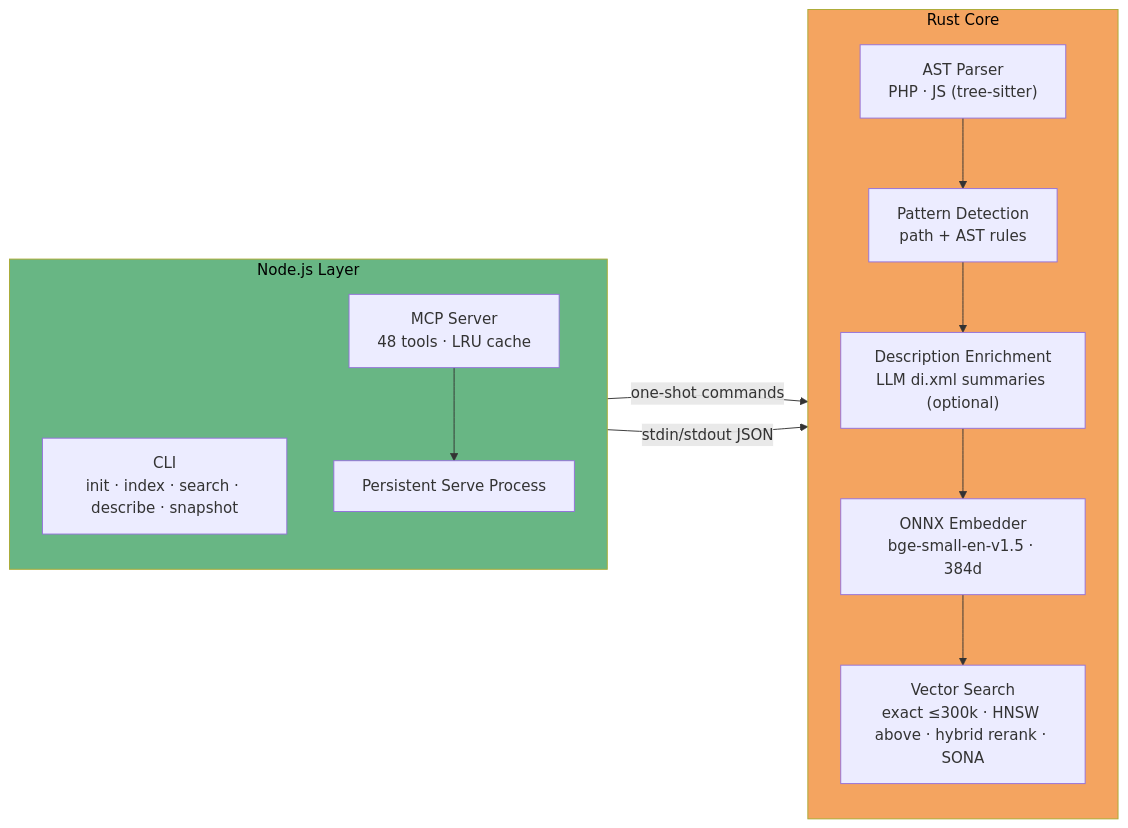
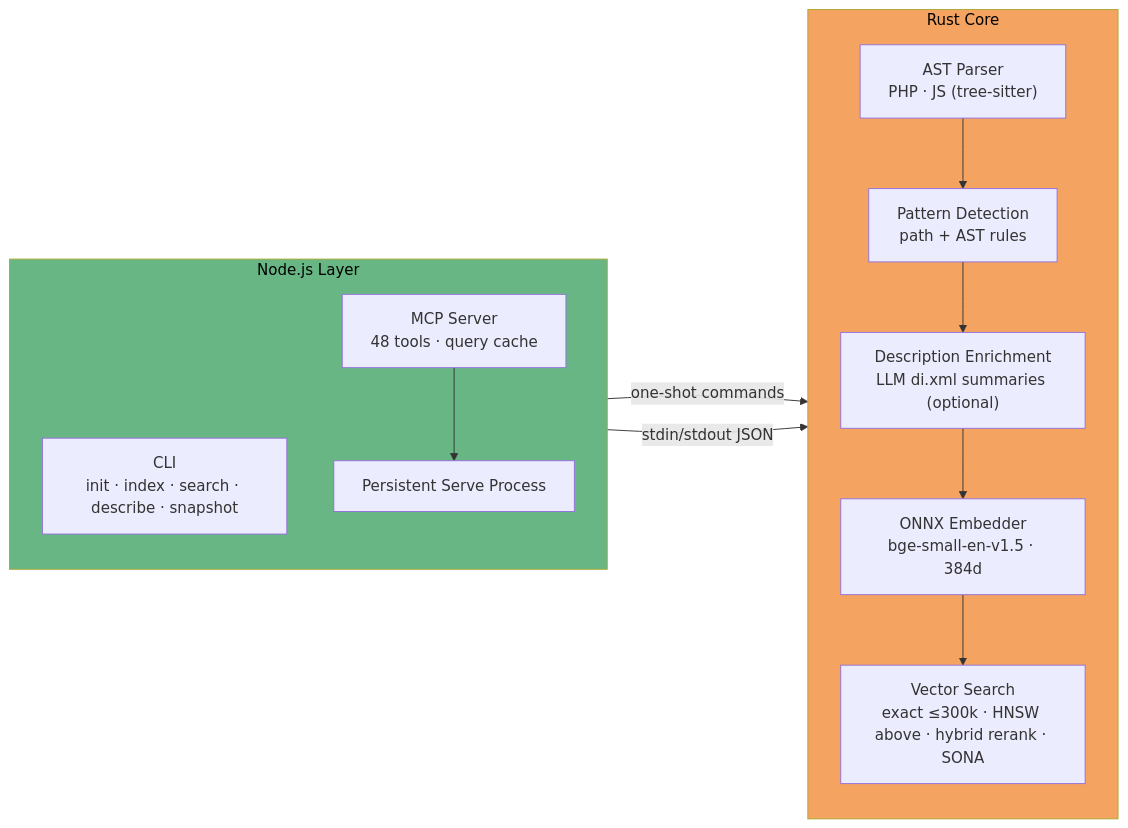
Before and after one commit to krejcif/magector: the first of 9 diagrams in README.md, drawn with Mermaid. The commit also changed other lines of this file, not shown here.

````diff
--- a/README.md
+++ b/README.md
@@ -53,26 +50,26 @@
 ```mermaid
 flowchart LR
   subgraph node ["Node.js Layer"]
     direction TB
     G["CLI<br/>init · index · search · describe · snapshot"]
-    E["MCP Server<br/>48 tools · LRU cache"]
+    E["MCP Server<br/>48 tools · query cache"]
     F["Persistent Serve Process"]
     E --> F
   end
 
   G -->|"one-shot commands"| rust
   F -->|"stdin/stdout JSON"| rust
 
   subgraph rust ["Rust Core"]
     direction TB
     A["AST Parser<br/>PHP · JS (tree-sitter)"]
     B["Pattern Detection<br/>path + AST rules"]
     B2["Description Enrichment<br/>LLM di.xml summaries (optional)"]
     C["ONNX Embedder<br/>bge-small-en-v1.5 · 384d"]
     D["Vector Search<br/>exact ≤300k · HNSW above · hybrid rerank · SONA"]
     A --> B --> B2 --> C --> D
   end
 
   style rust fill:#f4a460,color:#000
   style node fill:#68b684,color:#000
 ```
````
